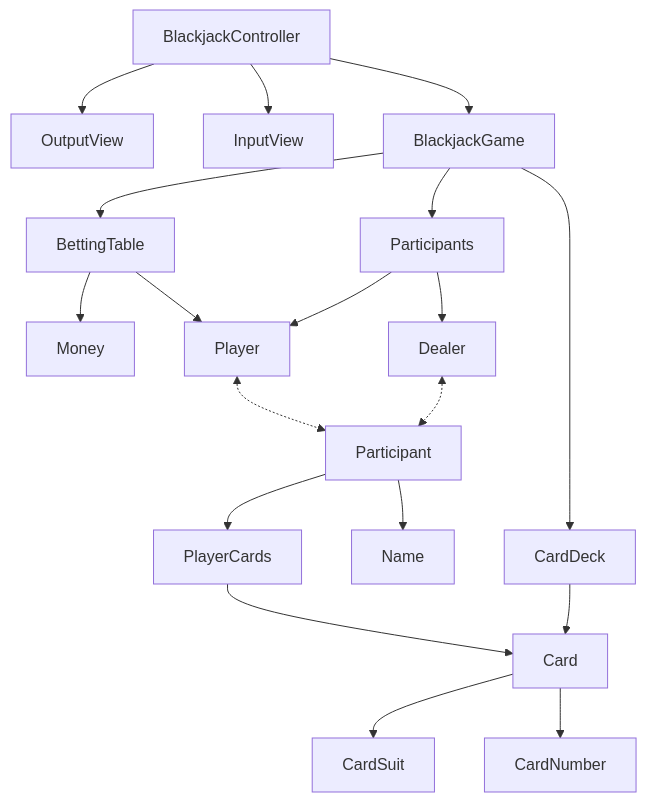
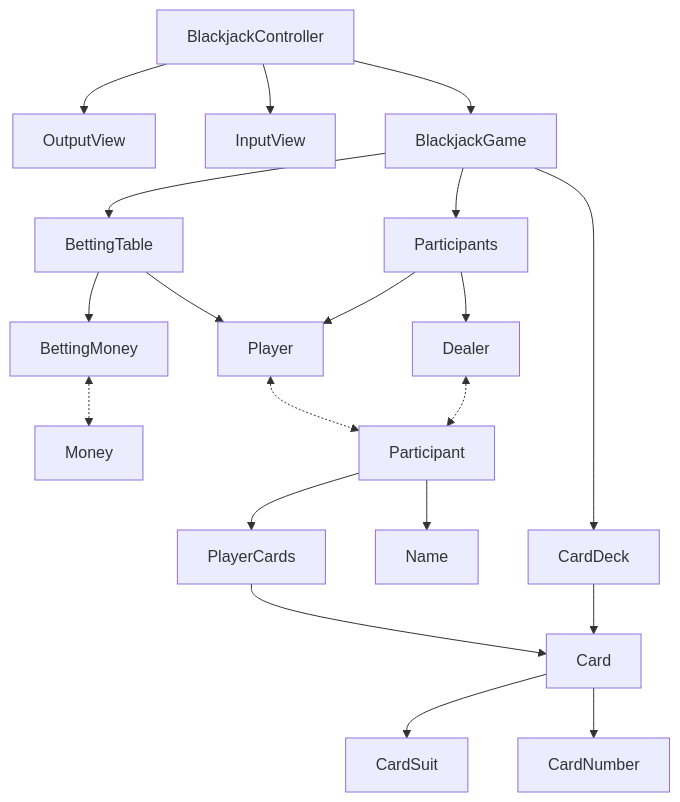
One commit to woowacourse/java-blackjack changed the diagram in README.md. Above: the diagram before and after it, drawn with Mermaid. The commit also changed other lines of this file and 4 other files, not shown here.

Commit message:
feat: BettingTable 생성

````diff
--- a/README.md
+++ b/README.md
@@ -11,29 +11,31 @@
 ```mermaid
 graph TD
     BlackjackController --> OutputView
     BlackjackController --> InputView
     BlackjackController --> BlackjackGame
 
     BlackjackGame --> BettingTable
     BlackjackGame --> Participants
     BlackjackGame --> CardDeck
 
-    BettingTable --> Money
+    BettingTable --> BettingMoney
     BettingTable --> Player
+
+    BettingMoney <-.-> Money
 
     Participants --> Player
     Participants --> Dealer
 
     Player <-.-> Participant
     Dealer <-.-> Participant
 
     Participant --> Name
     Participant --> PlayerCards
 
     PlayerCards --> Card
     CardDeck --> Card
 
     Card --> CardSuit
     Card --> CardNumber
 
 ```
````
